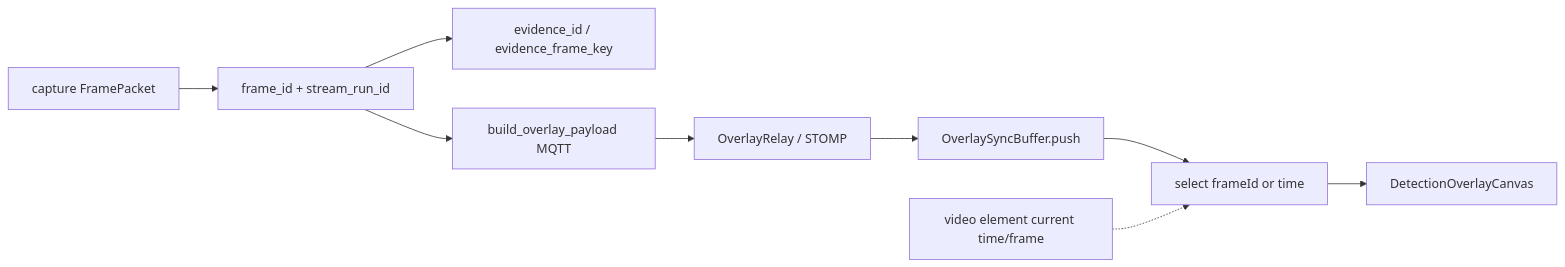
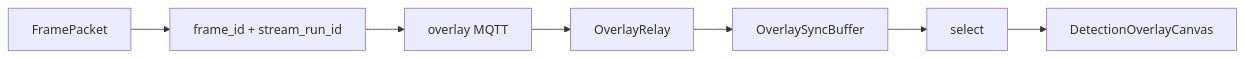
The diagram in content/ED-FrameId-Evidence-Overlay-Sync.md (Anjingyeong/llm_wiki_strange), drawn with Mermaid before and after one commit. The commit also changed other lines of this file and 144 other files, not shown here.

````diff
--- a/content/ED-FrameId-Evidence-Overlay-Sync.md
+++ b/content/ED-FrameId-Evidence-Overlay-Sync.md
@@ -104,11 +70,9 @@
 ```mermaid
 flowchart LR
-  Cap[capture FramePacket] --> Fid[frame_id + stream_run_id]
-  Fid --> Eid[evidence_id / evidence_frame_key]
-  Fid --> Ov[build_overlay_payload MQTT]
-  Ov --> Spring[OverlayRelay / STOMP]
-  Spring --> Buf[OverlaySyncBuffer.push]
-  Buf --> Sel[select frameId or time]
+  Cap[FramePacket] --> Fid[frame_id + stream_run_id]
+  Fid --> Ov[overlay MQTT]
+  Ov --> Spring[OverlayRelay]
+  Spring --> Buf[OverlaySyncBuffer]
+  Buf --> Sel[select]
   Sel --> Canvas[DetectionOverlayCanvas]
-  Stream[video element current time/frame] -.-> Sel
 ```
````
